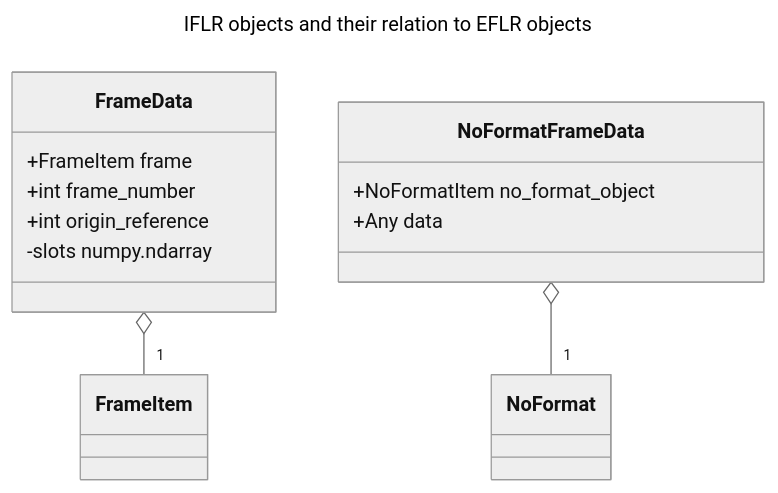
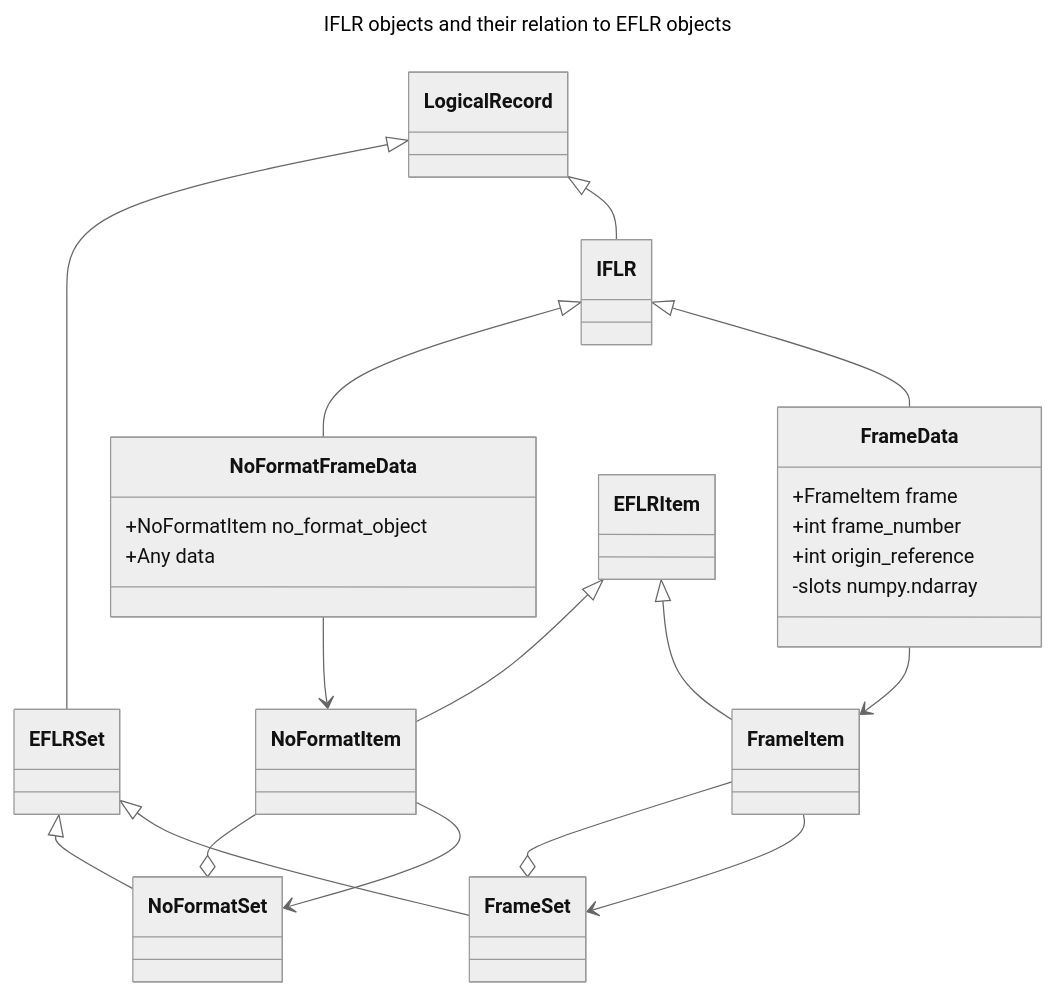
Before and after one commit to well-id/dliswriter: the second of 6 diagrams in README.md, drawn with Mermaid (neutral theme). The commit also changed other lines of this file, not shown here.

Commit message:
[README] Extended IFLR vs EFLR diagram

````diff
--- a/README.md
+++ b/README.md
@@ -322,20 +322,37 @@
   ```mermaid
   ---
   title: IFLR objects and their relation to EFLR objects
   ---
   classDiagram
-      FrameData o-- "1" FrameItem
-      NoFormatFrameData o-- "1" NoFormat
+      LogicalRecord <|-- IFLR
+      LogicalRecord <|-- EFLRSet
+      
+      IFLR <|-- FrameData
+      IFLR <|-- NoFormatFrameData
+      
+      EFLRSet <|-- FrameSet
+      EFLRSet <|-- NoFormatSet
+        
+      EFLRItem <|-- FrameItem
+      FrameData --> FrameItem
+
+      EFLRItem <|-- NoFormatItem
+      NoFormatFrameData --> NoFormatItem
+
+      FrameSet o-- FrameItem
+      NoFormatSet o-- NoFormatItem
+      FrameItem --> FrameSet
+      NoFormatItem --> NoFormatSet
       
       class FrameData{
           +FrameItem frame
           +int frame_number
           +int origin_reference
           -slots numpy.ndarray
       }
       
       class NoFormatFrameData{
           +NoFormatItem no_format_object
           +Any data
       }
   ```
````
